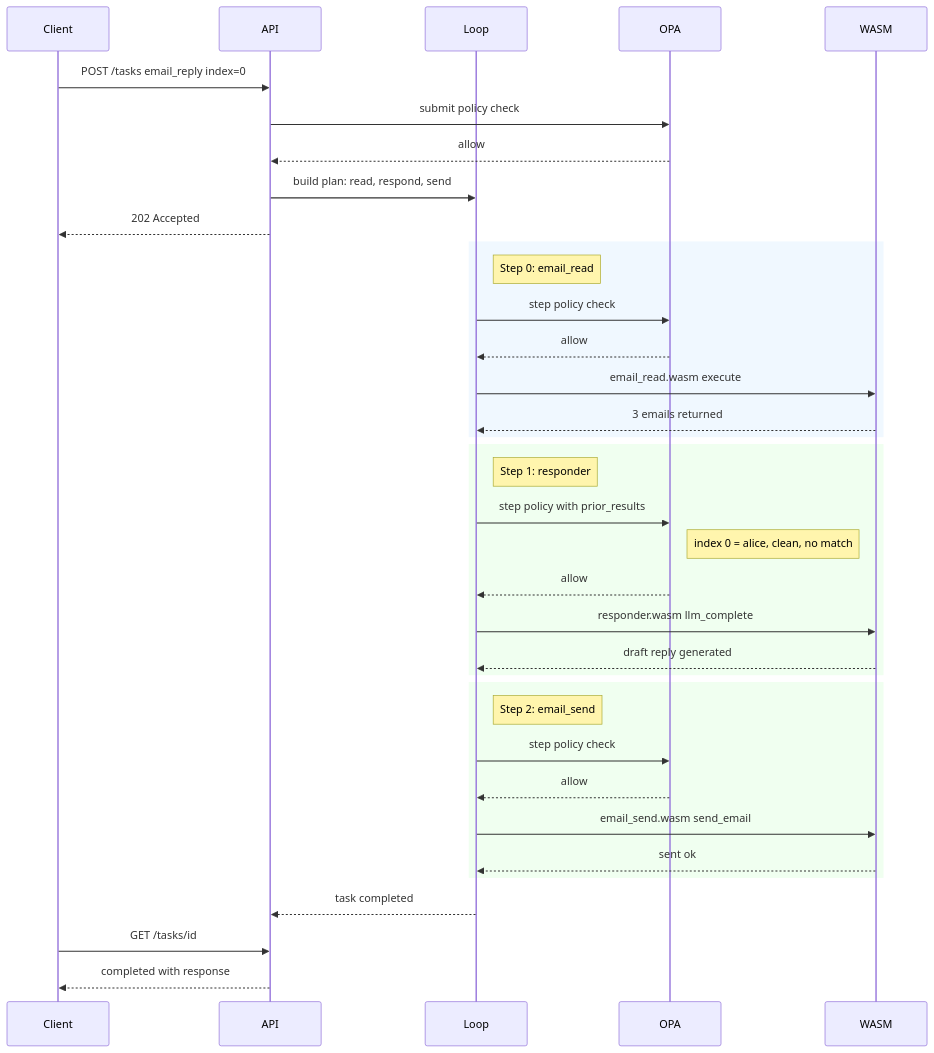
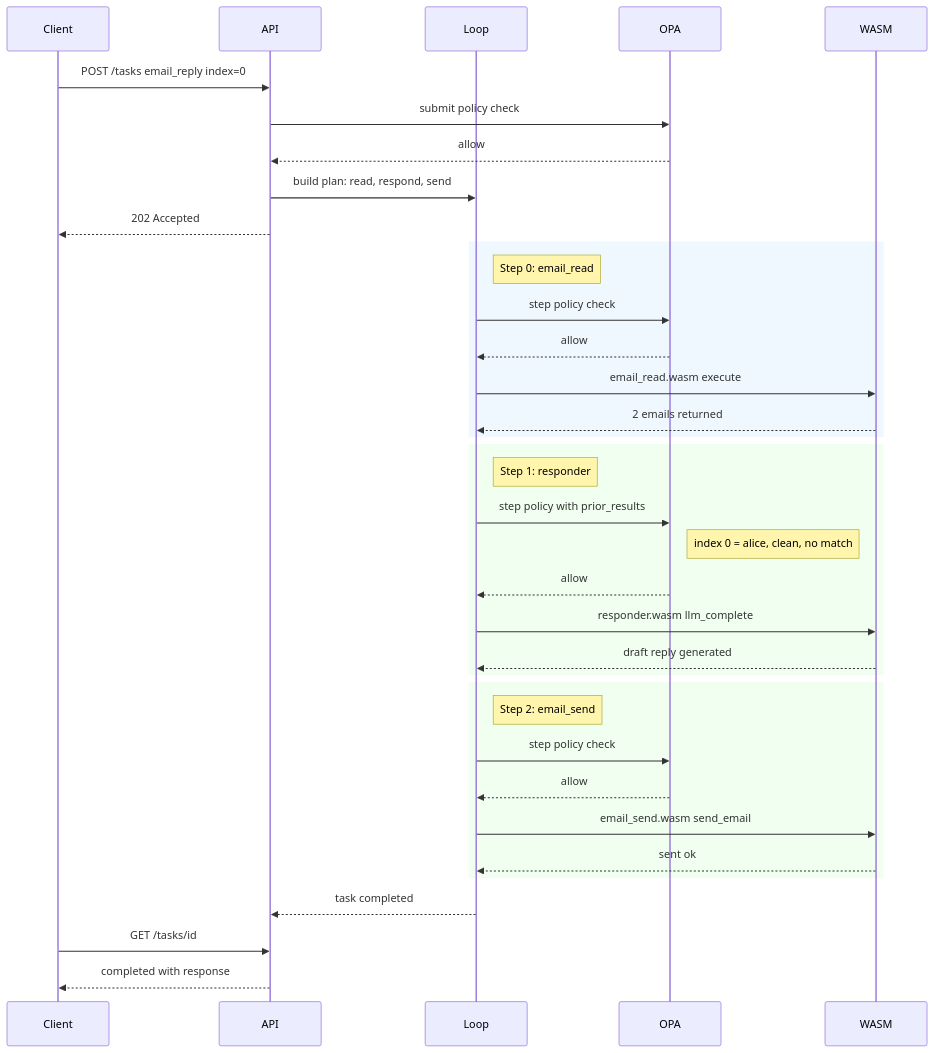
The first of 2 diagrams in examples/wasmclaw/email-reply-sequence.md (JosephTLucas/wasm_af), drawn with Mermaid before and after one commit. The commit also changed other lines of this file and 22 other files, not shown here.

````diff
--- a/examples/wasmclaw/email-reply-sequence.md
+++ b/examples/wasmclaw/email-reply-sequence.md
@@ -7,43 +7,43 @@
 ```mermaid
 sequenceDiagram
     participant C as Client
     participant A as API
     participant L as Loop
     participant P as OPA
     participant W as WASM
 
     C->>A: POST /tasks email_reply index=0
     A->>P: submit policy check
     P-->>A: allow
     A->>L: build plan: read, respond, send
     A-->>C: 202 Accepted
 
     rect rgb(240, 248, 255)
     Note right of L: Step 0: email_read
     L->>P: step policy check
     P-->>L: allow
     L->>W: email_read.wasm execute
-    W-->>L: 3 emails returned
+    W-->>L: 2 emails returned
     end
 
     rect rgb(240, 255, 240)
     Note right of L: Step 1: responder
     L->>P: step policy with prior_results
     Note right of P: index 0 = alice, clean, no match
     P-->>L: allow
     L->>W: responder.wasm llm_complete
     W-->>L: draft reply generated
     end
 
     rect rgb(240, 255, 240)
     Note right of L: Step 2: email_send
     L->>P: step policy check
     P-->>L: allow
     L->>W: email_send.wasm send_email
     W-->>L: sent ok
     end
 
     L-->>A: task completed
     C->>A: GET /tasks/id
     A-->>C: completed with response
 ```
````
